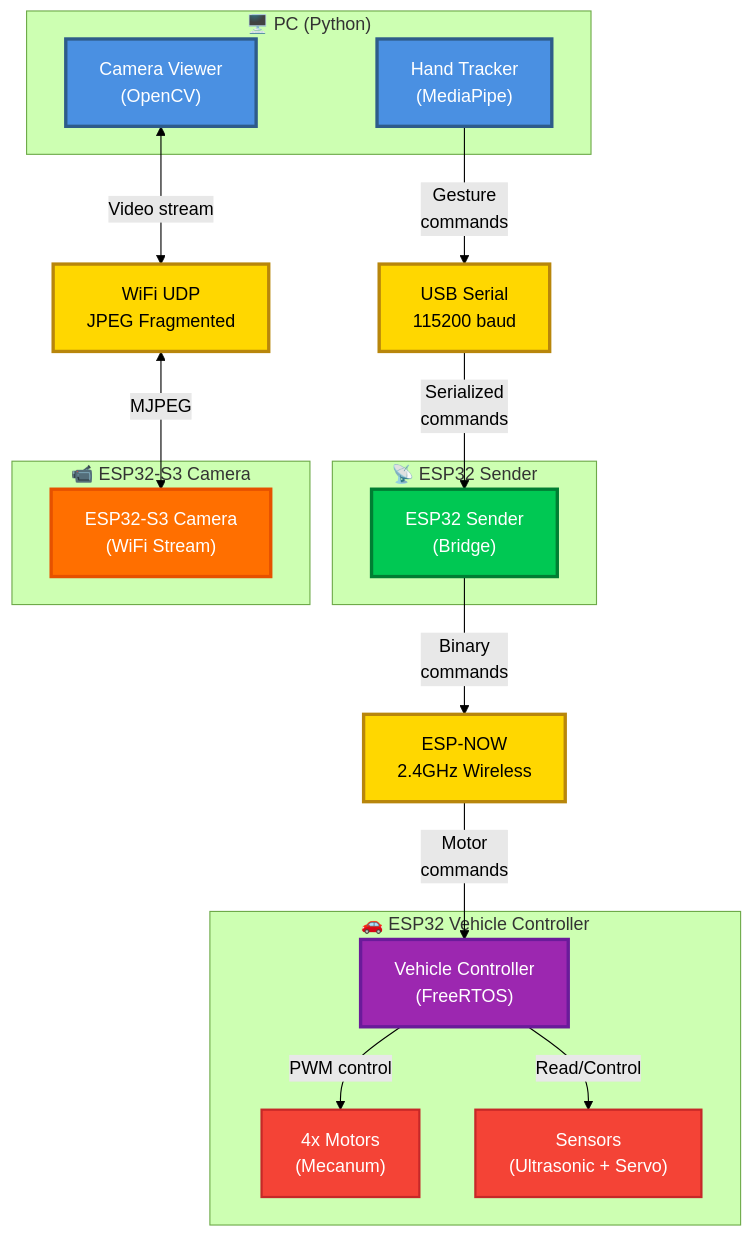
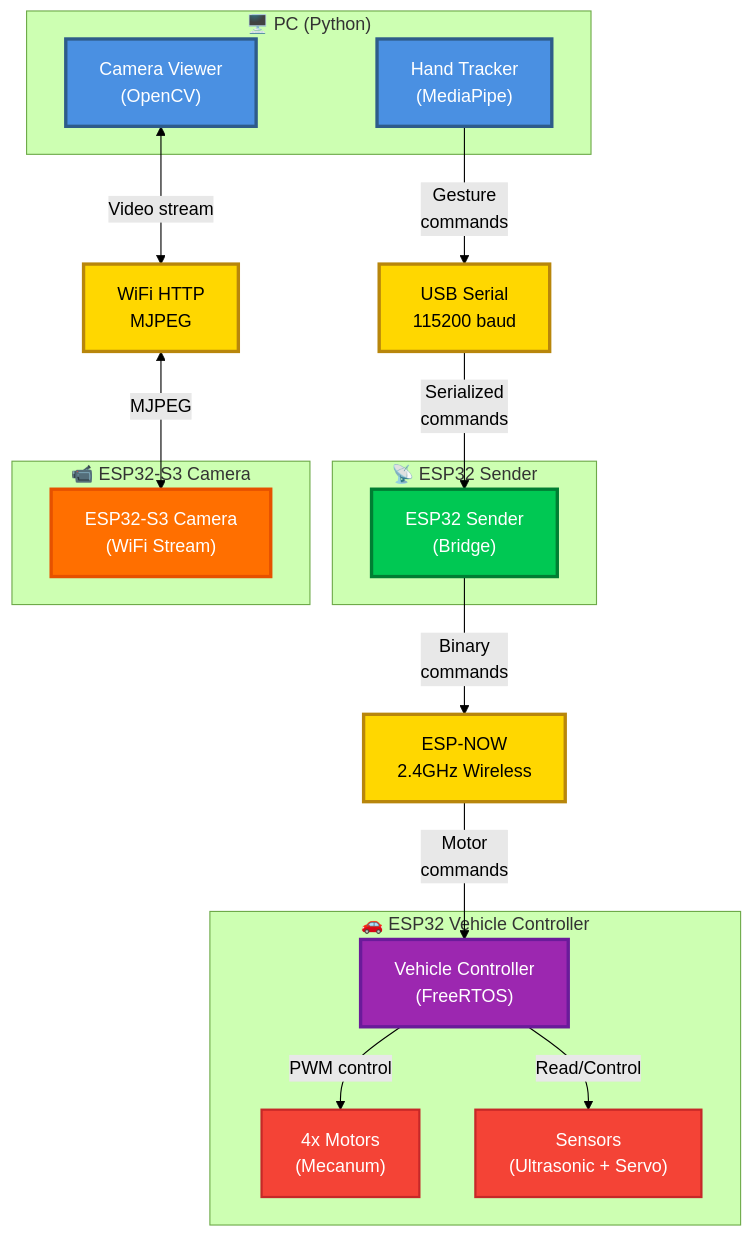
Before and after one commit to Yaniv23/final-project-gesture-car: the first of 18 diagrams in docs/architecture.md, drawn with Mermaid (forest theme). The commit also changed other lines of this file and 20 other files, not shown here.

````diff
--- a/docs/architecture.md
+++ b/docs/architecture.md
@@ -31,48 +31,48 @@
 ```mermaid
 graph TB
     subgraph PC["🖥️ PC (Python)"]
         HandTracker["Hand Tracker<br/>(MediaPipe)"]
         CameraViewer["Camera Viewer<br/>(OpenCV)"]
     end
     
     subgraph ESP32Sender["📡 ESP32 Sender"]
         Sender["ESP32 Sender<br/>(Bridge)"]
     end
     
     subgraph ESP32Camera["📹 ESP32-S3 Camera"]
         Camera["ESP32-S3 Camera<br/>(WiFi Stream)"]
     end
     
     subgraph Vehicle["🚗 ESP32 Vehicle Controller"]
         Controller["Vehicle Controller<br/>(FreeRTOS)"]
         Motors["4x Motors<br/>(Mecanum)"]
         Sensors["Sensors<br/>(Ultrasonic + Servo)"]
     end
     
     USBProtocol["USB Serial<br/>115200 baud"]
-    WiFiProtocol["WiFi UDP<br/>JPEG Fragmented"]
+    WiFiProtocol["WiFi HTTP<br/>MJPEG"]
     ESPNOWProtocol["ESP-NOW<br/>2.4GHz Wireless"]
     
     HandTracker -->|"Gesture<br/>commands"| USBProtocol
     USBProtocol -->|"Serialized<br/>commands"| Sender
     CameraViewer <-->|"Video stream"| WiFiProtocol
     WiFiProtocol <-->|"MJPEG"| Camera
     Sender -->|"Binary<br/>commands"| ESPNOWProtocol
     ESPNOWProtocol -->|"Motor<br/>commands"| Controller
     Controller -->|"PWM control"| Motors
     Controller -->|"Read/Control"| Sensors
     
     classDef pcStyle fill:#4A90E2,stroke:#2E5C8A,stroke-width:3px,color:#fff
     classDef esp32Style fill:#00C853,stroke:#007E33,stroke-width:3px,color:#fff
     classDef cameraStyle fill:#FF6F00,stroke:#E65100,stroke-width:3px,color:#fff
     classDef vehicleStyle fill:#9C27B0,stroke:#6A1B9A,stroke-width:3px,color:#fff
     classDef hardwareStyle fill:#F44336,stroke:#C62828,stroke-width:2px,color:#fff
     classDef commStyle fill:#FFD700,stroke:#B8860B,stroke-width:3px,color:#000
     
     class HandTracker,CameraViewer pcStyle
     class Sender esp32Style
     class Camera cameraStyle
     class Controller vehicleStyle
     class Motors,Sensors hardwareStyle
     class USBProtocol,WiFiProtocol,ESPNOWProtocol commStyle
 ```
````
